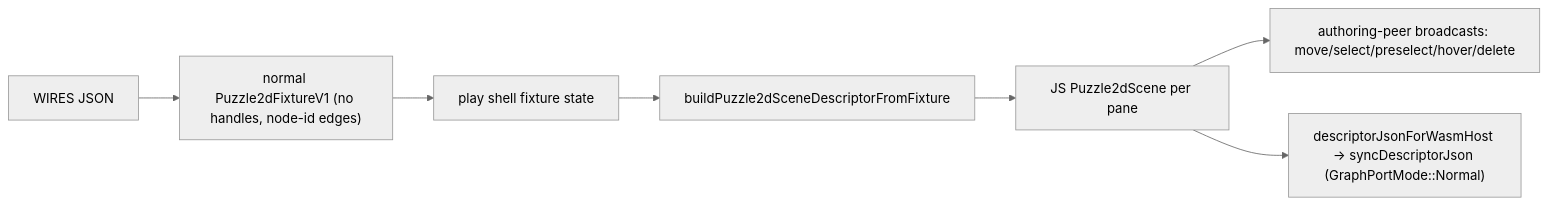
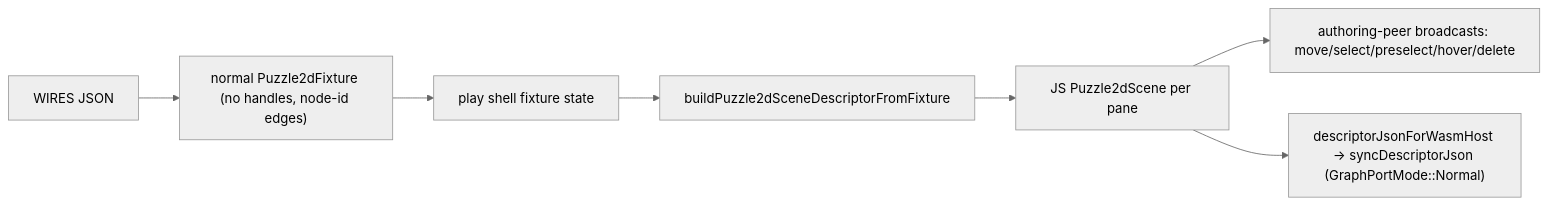
The diagram in .cursor/plans/generalize_wires_cross-window_sync_e8279886.plan.md (usalu/semio), drawn with Mermaid (neutral theme) before and after one commit. The commit also changed other lines of this file and 473 other files, not shown here.

````diff
--- a/.cursor/plans/generalize_wires_cross-window_sync_e8279886.plan.md
+++ b/.cursor/plans/generalize_wires_cross-window_sync_e8279886.plan.md
@@ -42,9 +42,9 @@
 ```mermaid
 flowchart LR
-  wires[WIRES JSON] --> board["normal Puzzle2dFixtureV1 (no handles, node-id edges)"]
+  wires[WIRES JSON] --> board["normal Puzzle2dFixture (no handles, node-id edges)"]
   board --> shell[play shell fixture state]
   shell --> desc[buildPuzzle2dSceneDescriptorFromFixture]
   desc --> scene[JS Puzzle2dScene per pane]
   scene --> peers[authoring-peer broadcasts: move/select/preselect/hover/delete]
   scene --> wasm["descriptorJsonForWasmHost -> syncDescriptorJson (GraphPortMode::Normal)"]
 ```
````
